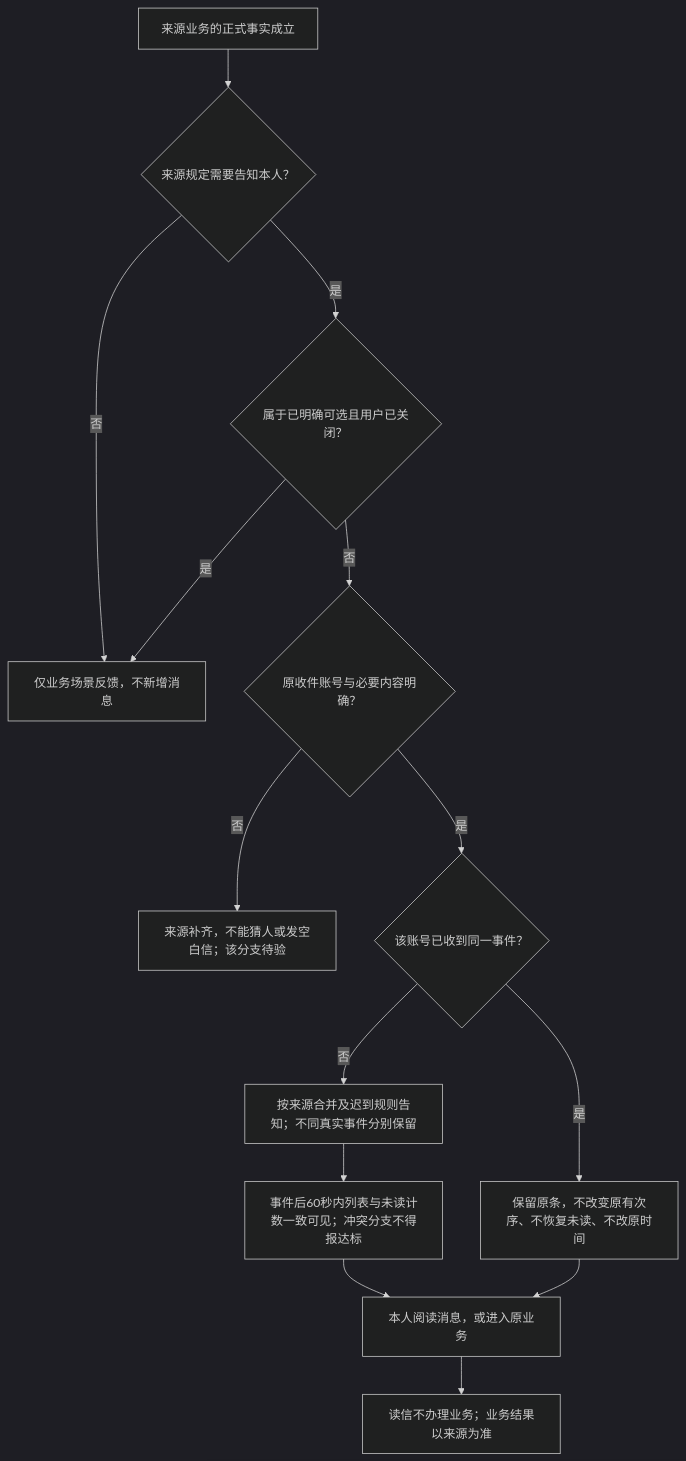
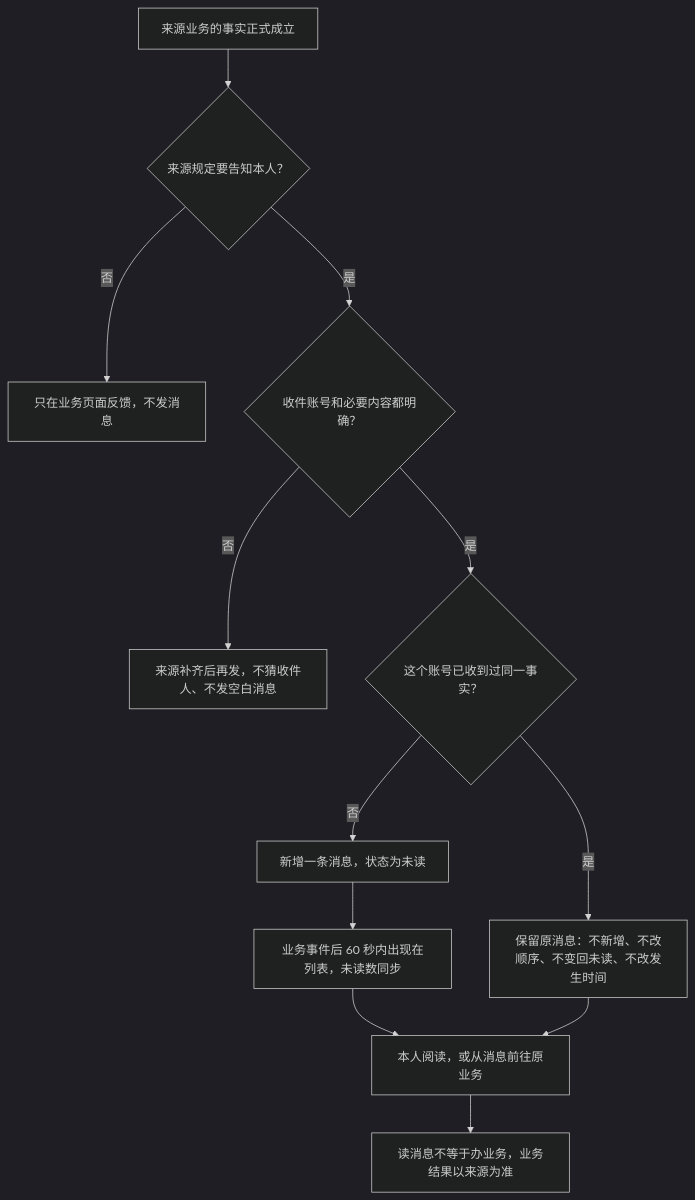
Before and after one commit to wxblockchain/Chain-Financing: the first of 8 diagrams in lending-platform/PRD/面客端/10-面客消息中心/02-面客消息中心-流程图与状态机.md, drawn with Mermaid (dark theme). The commit also changed other lines of this file and 6 other files, not shown here.

````diff
--- a/lending-platform/PRD/面客端/10-面客消息中心/02-面客消息中心-流程图与状态机.md
+++ b/lending-platform/PRD/面客端/10-面客消息中心/02-面客消息中心-流程图与状态机.md
@@ -22,16 +21,14 @@
 ```mermaid
 flowchart TD
-    A["来源业务的正式事实成立"] --> B{"来源规定需要告知本人？"}
-    B -->|否| C["仅业务场景反馈，不新增消息"]
-    B -->|是| D{"属于已明确可选且用户已关闭？"}
-    D -->|是| C
-    D -->|否| E{"原收件账号与必要内容明确？"}
-    E -->|否| F["来源补齐，不能猜人或发空白信；该分支待验"]
-    E -->|是| G{"该账号已收到同一事件？"}
-    G -->|是| H["保留原条，不改变原有次序、不恢复未读、不改原时间"]
-    G -->|否| I["按来源合并及迟到规则告知；不同真实事件分别保留"]
-    I --> J["事件后60秒内列表与未读计数一致可见；冲突分支不得报达标"]
-    J --> K["本人阅读消息，或进入原业务"]
+    A["来源业务的事实正式成立"] --> B{"来源规定要告知本人？"}
+    B -->|否| C["只在业务页面反馈，不发消息"]
+    B -->|是| E{"收件账号和必要内容都明确？"}
+    E -->|否| F["来源补齐后再发，不猜收件人、不发空白消息"]
+    E -->|是| G{"这个账号已收到过同一事实？"}
+    G -->|是| H["保留原消息：不新增、不改顺序、不变回未读、不改发生时间"]
+    G -->|否| I["新增一条消息，状态为未读"]
+    I --> J["业务事件后 60 秒内出现在列表，未读数同步"]
+    J --> K["本人阅读，或从消息前往原业务"]
     H --> K
-    K --> L["读信不办理业务；业务结果以来源为准"]
+    K --> L["读消息不等于办业务，业务结果以来源为准"]
 ```
````
